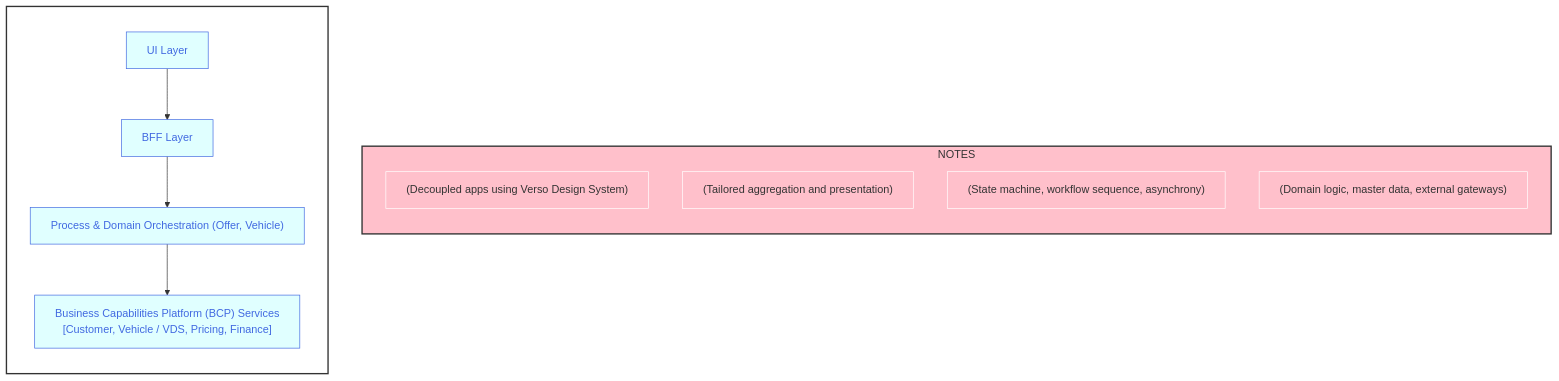
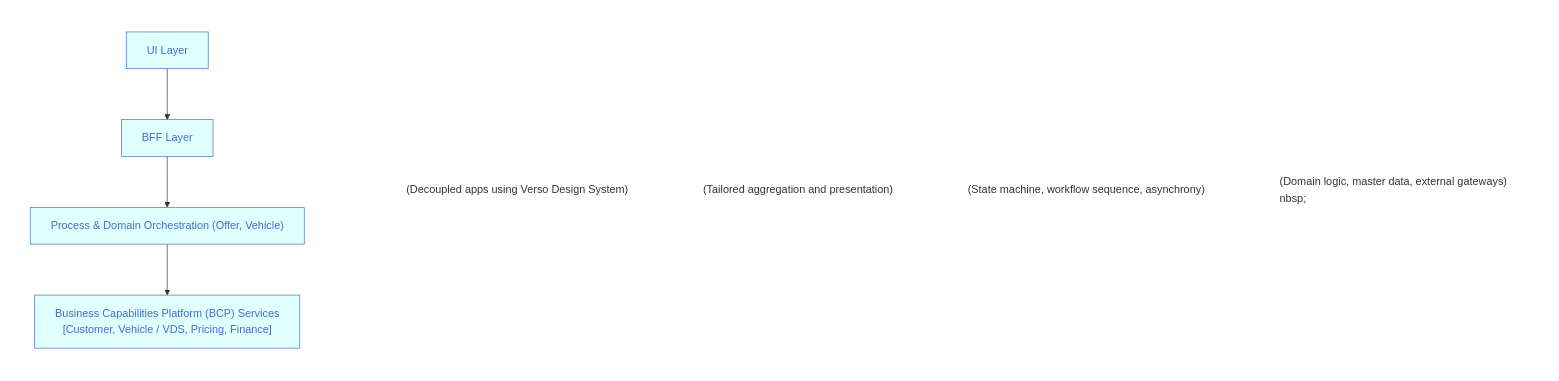
One commit to joe-dorward/samples changed the diagram in buttons_mermaid_v3.md. Above: the diagram before and after it, drawn with Mermaid.

````diff
--- a/buttons_mermaid_v3.md
+++ b/buttons_mermaid_v3.md
@@ -3,49 +3,49 @@
 ```mermaid
   %%{
     init: {"flowchart": { "markdownAutoWrap":"false", "textWrap":"false", "wrappingWidth": "100%" }
     }
   }%%
   flowchart LR
 
   classDef Button fill:lightcyan, stroke:royalblue, color:royalblue;
   classDef Note fill:transparent, stroke:white, text-align:left;
   %% ---------- ---------- ---------- ---------- ---------- ---------- ---------- ---------- ---------- ----------
   subgraph BUTTONS
     direction TD
 
     BUTTON_01["UI Layer"]:::Button
     click BUTTON_01 "https://en.wikipedia.org/wiki/Main_Page" _blank
 
     BUTTON_02["BFF Layer"]:::Button
     click BUTTON_02 "https://en.wikipedia.org/wiki/Main_Page" _blank
 
     BUTTON_03["Process & Domain Orchestration (Offer, Vehicle)"]:::Button
     click BUTTON_03 "https://en.wikipedia.org/wiki/Main_Page" _blank
 
     BUTTON_04["Business Capabilities Platform (BCP) Services<br/>[Customer, Vehicle / VDS, Pricing, Finance]"]:::Button
     click BUTTON_04 "https://en.wikipedia.org/wiki/Main_Page" _blank
   end
 
   %% ---------- ---------- ---------- ---------- ---------- ---------- ---------- ---------- ---------- ----------
   subgraph NOTES
     direction TD
     BUTTON_01_NOTE["(Decoupled apps using Verso Design System)"]:::Note
     BUTTON_02_NOTE["(Tailored aggregation and presentation)"]:::Note
     BUTTON_03_NOTE["(State machine, workflow sequence, asynchrony)"]:::Note
-    BUTTON_04_NOTE["(Domain logic, master data, external gateways)"]:::Note
+    BUTTON_04_NOTE["(Domain logic, master data, external gateways)<br/>nbsp;"]:::Note
   end
   %% ---------- ---------- ---------- ---------- ---------- ---------- ---------- ---------- ---------- ----------
   %% invisibly connect BUTTONS (sub-graph) to NOTES (sub-graph)
   BUTTONS~~~
   NOTES
   %% ---------- ---------- ---------- ---------- ---------- ---------- ---------- ---------- ---------- ----------
   %% connect buttons
   BUTTON_01-->
   BUTTON_02-->
   BUTTON_03-->
   BUTTON_04
   %% ---------- ---------- ---------- ---------- ---------- ---------- ---------- ---------- ---------- ----------
-  style BUTTONS fill:transparent,color:white,stroke:#333,stroke-width:2px
-  style NOTES fill:pink,stroke:#333,stroke-width:2px
+  style BUTTONS fill:transparent,color:white,stroke-width:0px
+  style NOTES fill:transparent,color:white,stroke-width:0px
 
 ```
````
